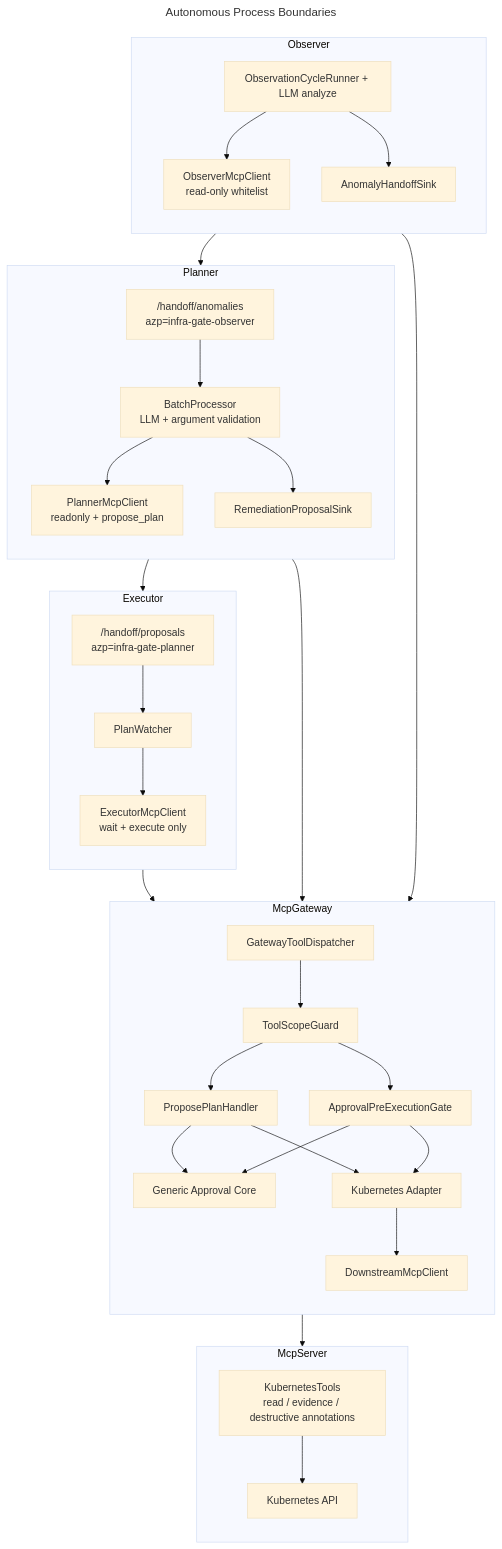
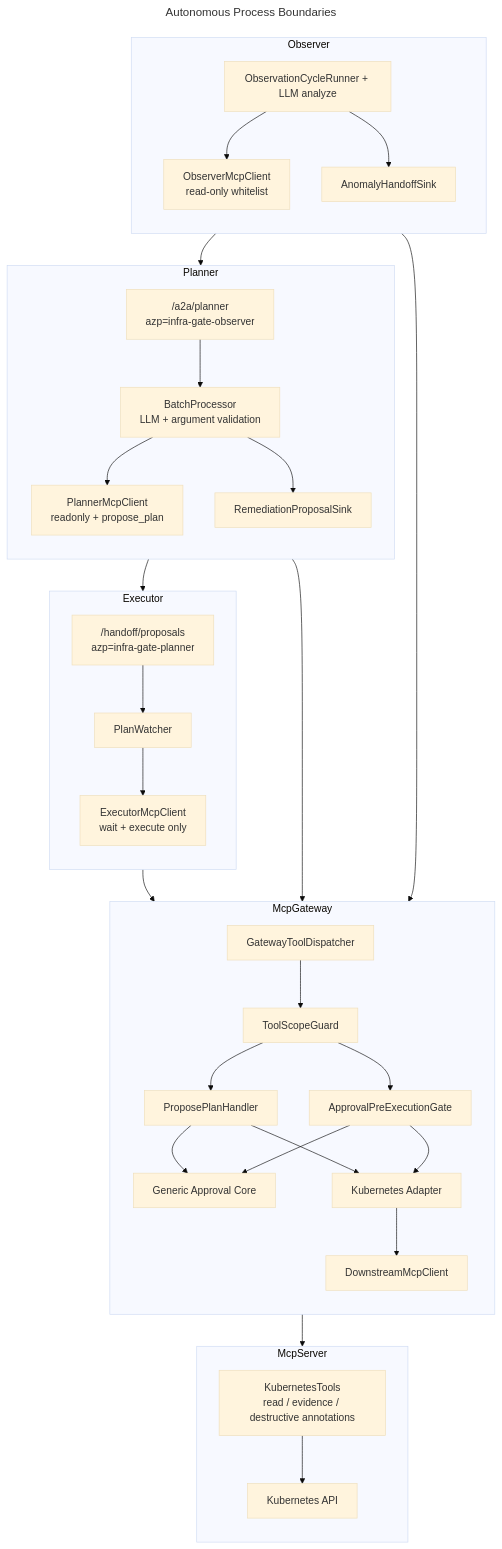
One commit to mirusser/Kubernetes-MCP-Guard changed the diagram in README.md. Above: the diagram before and after it, drawn with Mermaid (base theme). The commit also changed 24 other files, not shown here.

Commit message:
feat: migrated communication between observer and planner to a2a protocol

````diff
--- a/README.md
+++ b/README.md
@@ -68,63 +68,63 @@
 ```mermaid
 ---
 title: Autonomous Process Boundaries
 ---
 flowchart TB
     subgraph ObserverProc["Observer"]
         direction TB
         ORunner["ObservationCycleRunner + LLM analyze"]
         OMcp["ObserverMcpClient<br/>read-only whitelist"]
         OHandoff["AnomalyHandoffSink"]
         ORunner --> OMcp
         ORunner --> OHandoff
     end
 
     subgraph PlannerProc["Planner"]
         direction TB
-        PIn["/handoff/anomalies<br/>azp=infra-gate-observer"]
+        PIn["/a2a/planner<br/>azp=infra-gate-observer"]
         PBatch["BatchProcessor<br/>LLM + argument validation"]
         PMcp["PlannerMcpClient<br/>readonly + propose_plan"]
         POut["RemediationProposalSink"]
         PIn --> PBatch --> PMcp
         PBatch --> POut
     end
 
     subgraph ExecutorProc["Executor"]
         direction TB
         EIn["/handoff/proposals<br/>azp=infra-gate-planner"]
         Watch["PlanWatcher"]
         EMcp["ExecutorMcpClient<br/>wait + execute only"]
         EIn --> Watch --> EMcp
     end
 
     subgraph GatewayProc["McpGateway"]
         direction TB
         Dispatch["GatewayToolDispatcher"]
         Scope["ToolScopeGuard"]
         ProposeHandler["ProposePlanHandler"]
         Approval["Generic Approval Core"]
         PreGate["ApprovalPreExecutionGate"]
         AdapterBoundary["Kubernetes Adapter"]
         DownstreamClient["DownstreamMcpClient"]
         Dispatch --> Scope
         Scope --> ProposeHandler --> Approval
         Scope --> PreGate --> Approval
         ProposeHandler --> AdapterBoundary
         PreGate --> AdapterBoundary
         AdapterBoundary --> DownstreamClient
     end
 
     subgraph ServerProc["McpServer"]
         direction TB
         Tools["KubernetesTools<br/>read / evidence / destructive annotations"]
         API["Kubernetes API"]
         Tools --> API
     end
 
     OMcp --> Dispatch
     OHandoff --> PIn
     PMcp --> Dispatch
     POut --> EIn
     EMcp --> Dispatch
     DownstreamClient --> Tools
 ```
````
